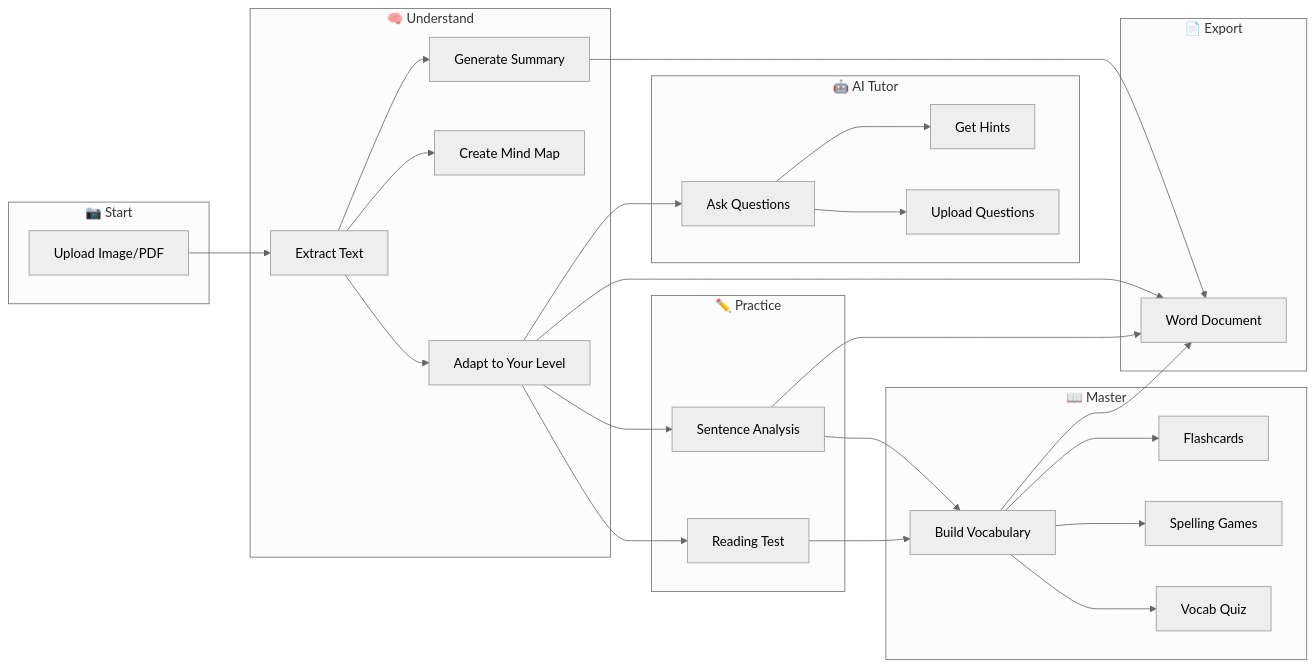
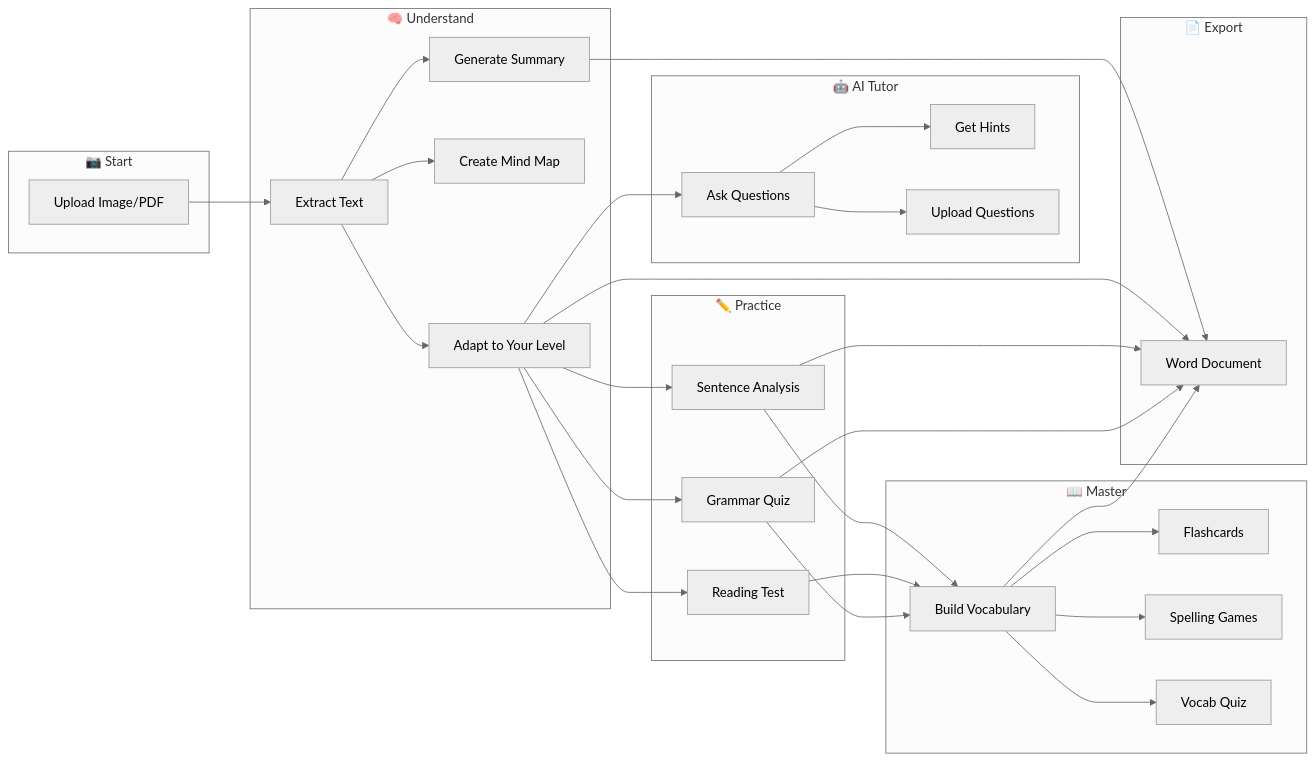
The diagram in README.md (bentwnghk/reading-assistant), drawn with Mermaid (neutral theme) before and after one commit. The commit also changed other lines of this file and 5 other files, not shown here.

````diff
--- a/README.md
+++ b/README.md
@@ -34,44 +34,46 @@
 ```mermaid
 flowchart LR
     subgraph INPUT["📷 Start"]
         A[Upload Image/PDF]
     end
     
     subgraph UNDERSTAND["🧠 Understand"]
         B[Extract Text]
         C[Generate Summary]
         D[Create Mind Map]
         E[Adapt to Your Level]
     end
     
     subgraph TUTOR["🤖 AI Tutor"]
         M[Ask Questions]
         N[Get Hints]
         O[Upload Questions]
     end
     
     subgraph PRACTICE["✏️ Practice"]
         F[Reading Test]
         G[Sentence Analysis]
+        P[Grammar Quiz]
     end
     
     subgraph MASTER["📖 Master"]
         H[Build Vocabulary]
         I[Flashcards]
         J[Spelling Games]
         K[Vocab Quiz]
     end
     
     subgraph EXPORT["📄 Export"]
         L[Word Document]
     end
     
     A --> B
     B --> C & D & E
-    E --> F & G & M
+    E --> F & G & M & P
     M --> N & O
     G --> H
     F --> H
+    P --> H
     H --> I & J & K
-    C & E & G & H --> L
+    C & E & G & H & P --> L
 ```
````
